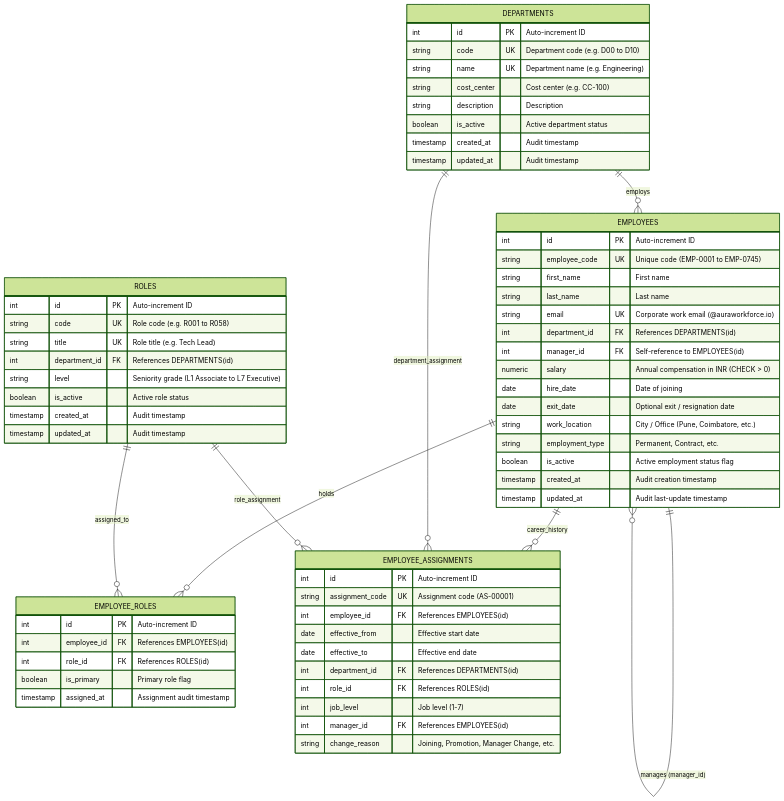
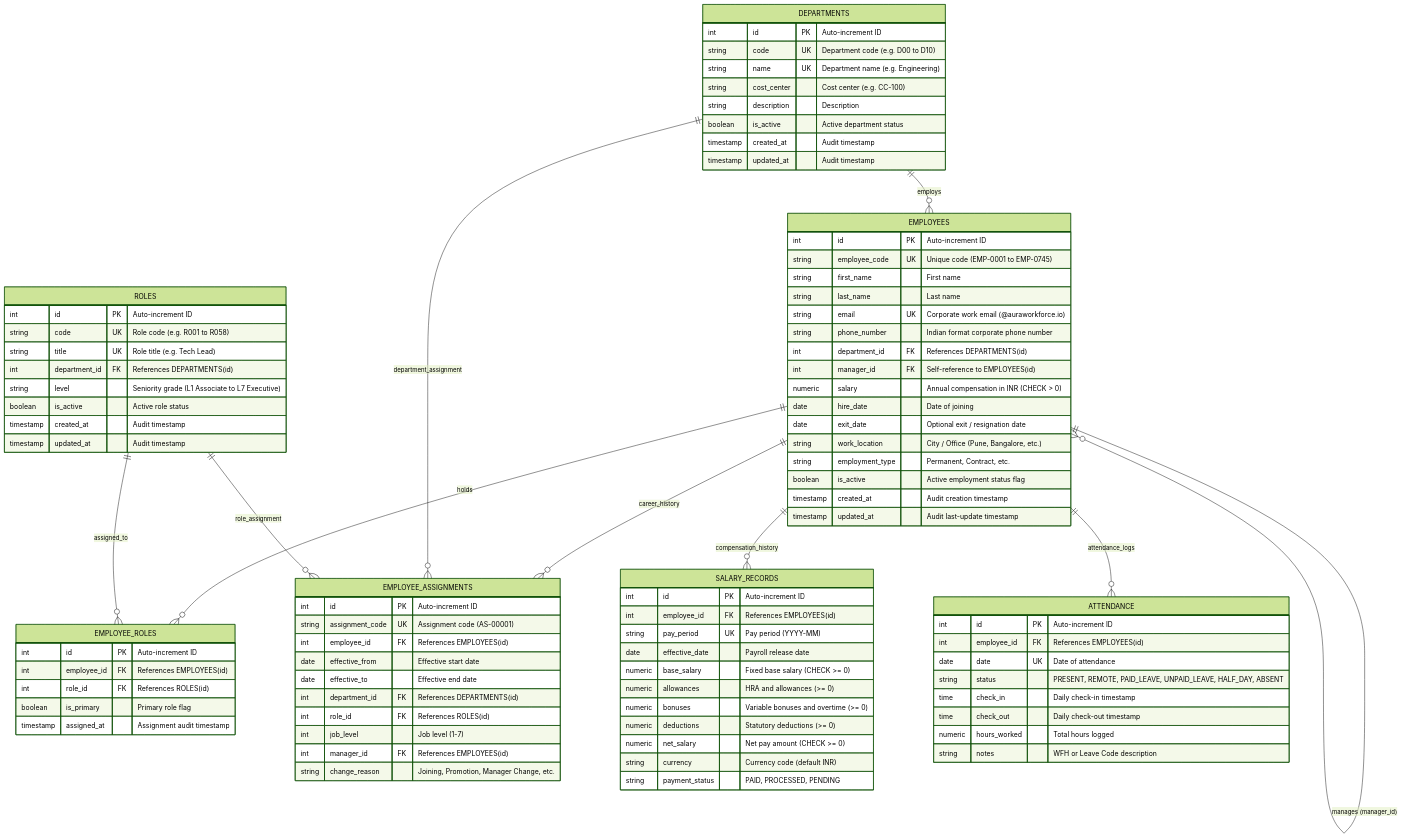
The diagram in docs/er_diagram.md (abhinav2231/employee-management-api-), drawn with Mermaid (forest theme) before and after one commit. The commit also changed other lines of this file and 22 other files, not shown here.

````diff
--- a/docs/er_diagram.md
+++ b/docs/er_diagram.md
@@ -16,6 +16,8 @@
     EMPLOYEES ||--o{ EMPLOYEE_ASSIGNMENTS : "career_history"
     DEPARTMENTS ||--o{ EMPLOYEE_ASSIGNMENTS : "department_assignment"
     ROLES ||--o{ EMPLOYEE_ASSIGNMENTS : "role_assignment"
+    EMPLOYEES ||--o{ SALARY_RECORDS : "compensation_history"
+    EMPLOYEES ||--o{ ATTENDANCE : "attendance_logs"
 
     DEPARTMENTS {
         int id PK "Auto-increment ID"
@@ -45,12 +47,13 @@
         string first_name "First name"
         string last_name "Last name"
         string email UK "Corporate work email (@auraworkforce.io)"
+        string phone_number "Indian format corporate phone number"
         int department_id FK "References DEPARTMENTS(id)"
         int manager_id FK "Self-reference to EMPLOYEES(id)"
         numeric salary "Annual compensation in INR (CHECK > 0)"
         date hire_date "Date of joining"
         date exit_date "Optional exit / resignation date"
-        string work_location "City / Office (Pune, Coimbatore, etc.)"
+        string work_location "City / Office (Pune, Bangalore, etc.)"
         string employment_type "Permanent, Contract, etc."
         boolean is_active "Active employment status flag"
         timestamp created_at "Audit creation timestamp"
@@ -77,4 +80,29 @@
         int manager_id FK "References EMPLOYEES(id)"
         string change_reason "Joining, Promotion, Manager Change, etc."
     }
+
+    SALARY_RECORDS {
+        int id PK "Auto-increment ID"
+        int employee_id FK "References EMPLOYEES(id)"
+        string pay_period UK "Pay period (YYYY-MM)"
+        date effective_date "Payroll release date"
+        numeric base_salary "Fixed base salary (CHECK >= 0)"
+        numeric allowances "HRA and allowances (>= 0)"
+        numeric bonuses "Variable bonuses and overtime (>= 0)"
+        numeric deductions "Statutory deductions (>= 0)"
+        numeric net_salary "Net pay amount (CHECK >= 0)"
+        string currency "Currency code (default INR)"
+        string payment_status "PAID, PROCESSED, PENDING"
+    }
+
+    ATTENDANCE {
+        int id PK "Auto-increment ID"
+        int employee_id FK "References EMPLOYEES(id)"
+        date date UK "Date of attendance"
+        string status "PRESENT, REMOTE, PAID_LEAVE, UNPAID_LEAVE, HALF_DAY, ABSENT"
+        time check_in "Daily check-in timestamp"
+        time check_out "Daily check-out timestamp"
+        numeric hours_worked "Total hours logged"
+        string notes "WFH or Leave Code description"
+    }
 ```
````
